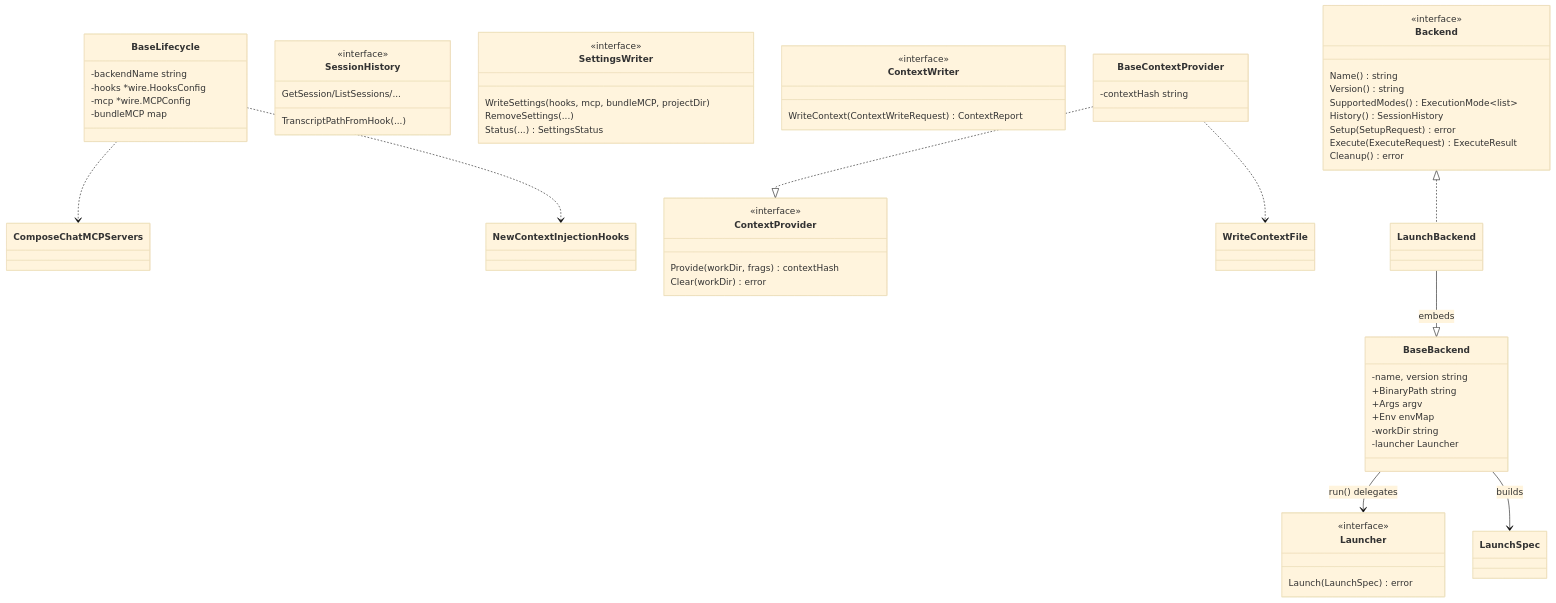
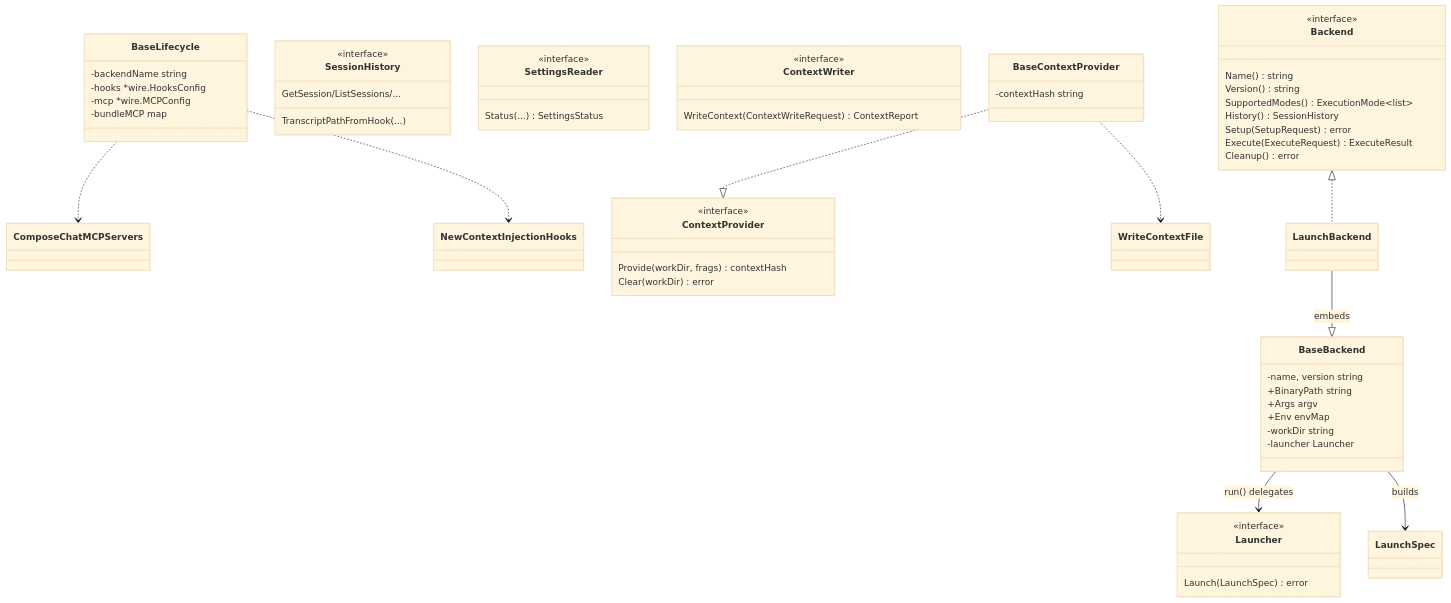
One commit to ctxloom/ctxloom changed the diagram in docs/architecture/shared/agent-backend-contract.md. Above: the diagram before and after it, drawn with Mermaid (base theme). The commit also changed other lines of this file and 23 other files, not shown here.

First line of the commit message:
docs: comments and architecture rows stop describing the deleted writer

````diff
--- a/docs/architecture/shared/agent-backend-contract.md
+++ b/docs/architecture/shared/agent-backend-contract.md
@@ -5,66 +5,64 @@
 ```mermaid
 classDiagram
     class Backend {
         <<interface>>
         Name() string
         Version() string
         SupportedModes() ExecutionMode~list~
         History() SessionHistory
         Setup(SetupRequest) error
         Execute(ExecuteRequest) ExecuteResult
         Cleanup() error
     }
     class ContextProvider {
         <<interface>>
         Provide(workDir, frags) contextHash
         Clear(workDir) error
     }
     class SessionHistory {
         <<interface>>
         GetSession/ListSessions/...
         TranscriptPathFromHook(...)
     }
-    class SettingsWriter {
+    class SettingsReader {
         <<interface>>
-        WriteSettings(hooks, mcp, bundleMCP, projectDir)
-        RemoveSettings(...)
         Status(...) SettingsStatus
     }
     class ContextWriter {
         <<interface>>
         WriteContext(ContextWriteRequest) ContextReport
     }
     class Launcher {
         <<interface>>
         Launch(LaunchSpec) error
     }
 
     class BaseBackend {
         -name, version string
         +BinaryPath string
         +Args argv
         +Env envMap
         -workDir string
         -launcher Launcher
     }
     class BaseLifecycle {
         -backendName string
         -hooks *wire.HooksConfig
         -mcp *wire.MCPConfig
         -bundleMCP map
     }
     class BaseContextProvider {
         -contextHash string
     }
 
     BaseBackend --> Launcher : run() delegates
     BaseBackend --> LaunchSpec : builds
     BaseContextProvider ..|> ContextProvider
     BaseLifecycle ..> ComposeChatMCPServers
     BaseLifecycle ..> NewContextInjectionHooks
     BaseContextProvider ..> WriteContextFile
 
     class LaunchBackend
     LaunchBackend --|> BaseBackend : embeds
     Backend <|.. LaunchBackend
 ```
````
